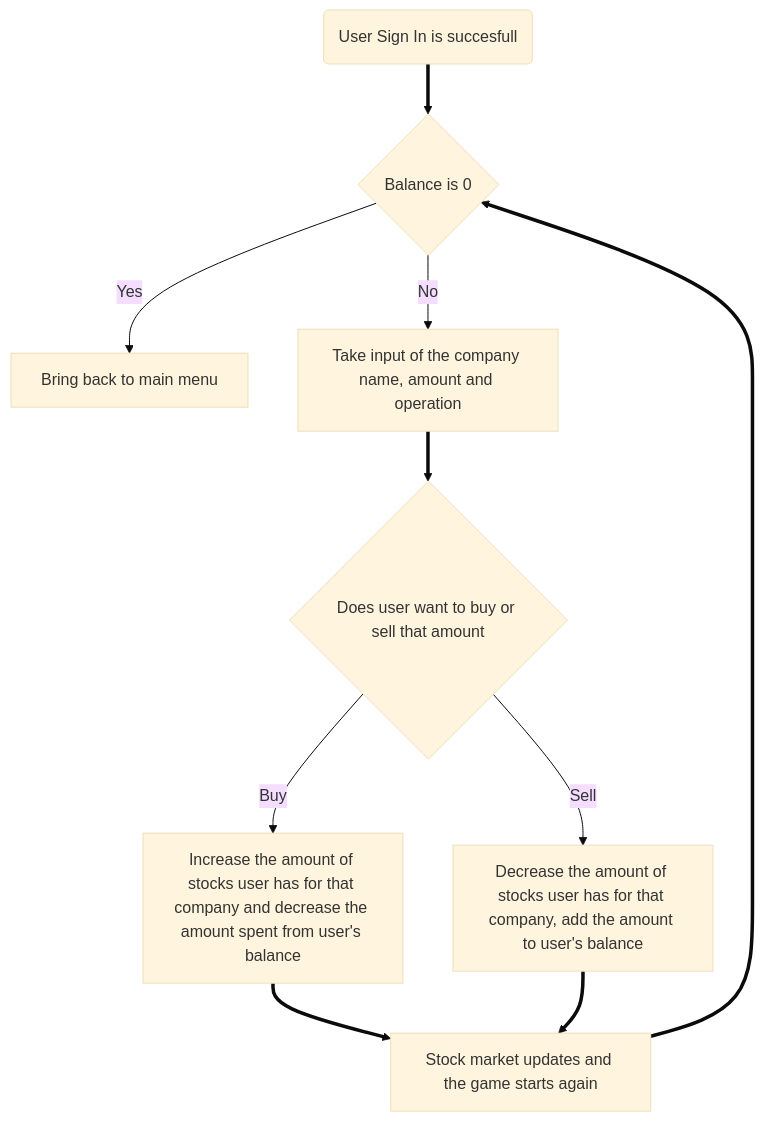
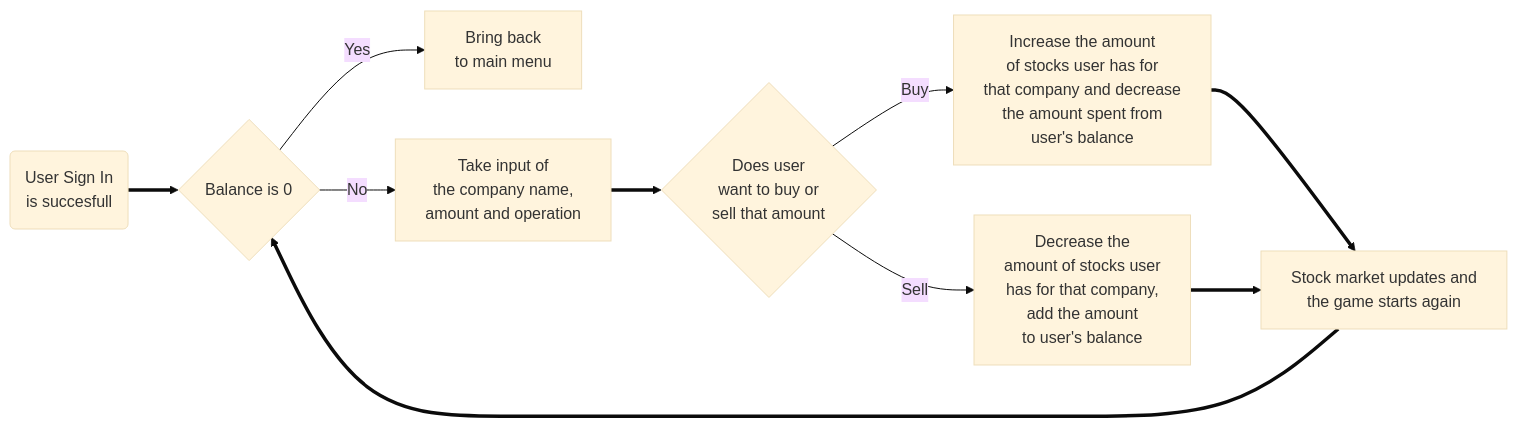
Before and after one commit to namanctrvd/Stocky: the third of 3 diagrams in README.md, drawn with Mermaid (base theme). The commit also changed other lines of this file, not shown here.

Commit message:
improved flowchart

````diff
--- a/README.md
+++ b/README.md
@@ -37,12 +37,12 @@
 ``` mermaid
-flowchart TB
-    A(User Sign In is succesfull) ==> B{Balance is 0}
-    B -->|Yes| C[Bring back to main menu]
-    B -->|No| D[Take input of the company name, amount and operation]
-    D ==> E{Does user want to buy or sell that amount}
-    E -->|Sell| F[Decrease the amount of stocks user has for that company, add the amount to user's balance]
-    E -->|Buy| G[Increase the amount of stocks user has for that company and decrease the amount spent from user's balance]
-    G ==> H[Stock market updates and the game starts again]
+flowchart LR
+    A(User Sign In </br> is succesfull) ==> B{Balance is 0}
+    B -->|Yes| C[Bring back </br> to main menu]
+    B -->|No| D[Take input of </br> the company name, </br> amount and operation]
+    D ==> E{Does user </br> want to buy or </br> sell that amount}
+    E -->|Sell| F[Decrease the </br> amount of stocks user </br> has for that company, </br> add the amount </br> to user's balance]
+    E -->|Buy| G[Increase the amount </br> of stocks user has for </br> that company and decrease </br> the amount spent from </br> user's balance]
+    G ==> H[Stock market updates and </br> the game starts again]
     F ==> H
     H ==> B
 ```
````
